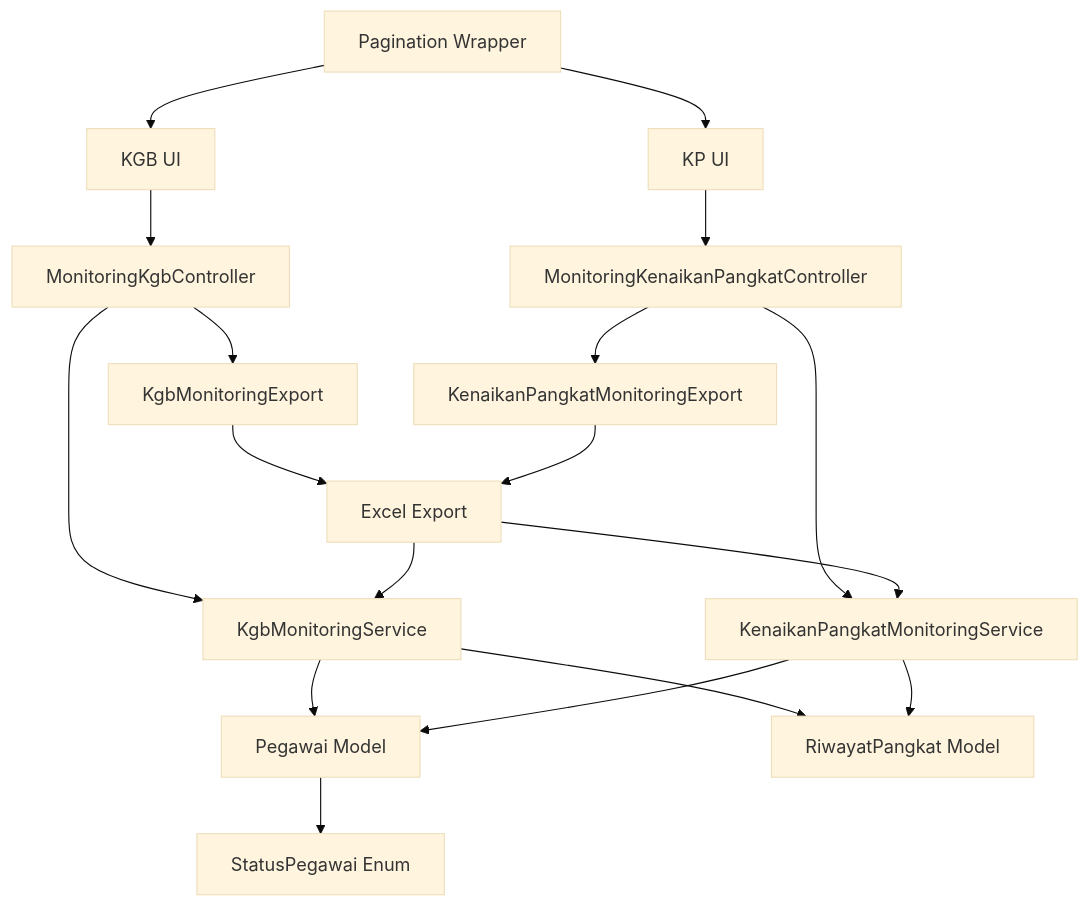
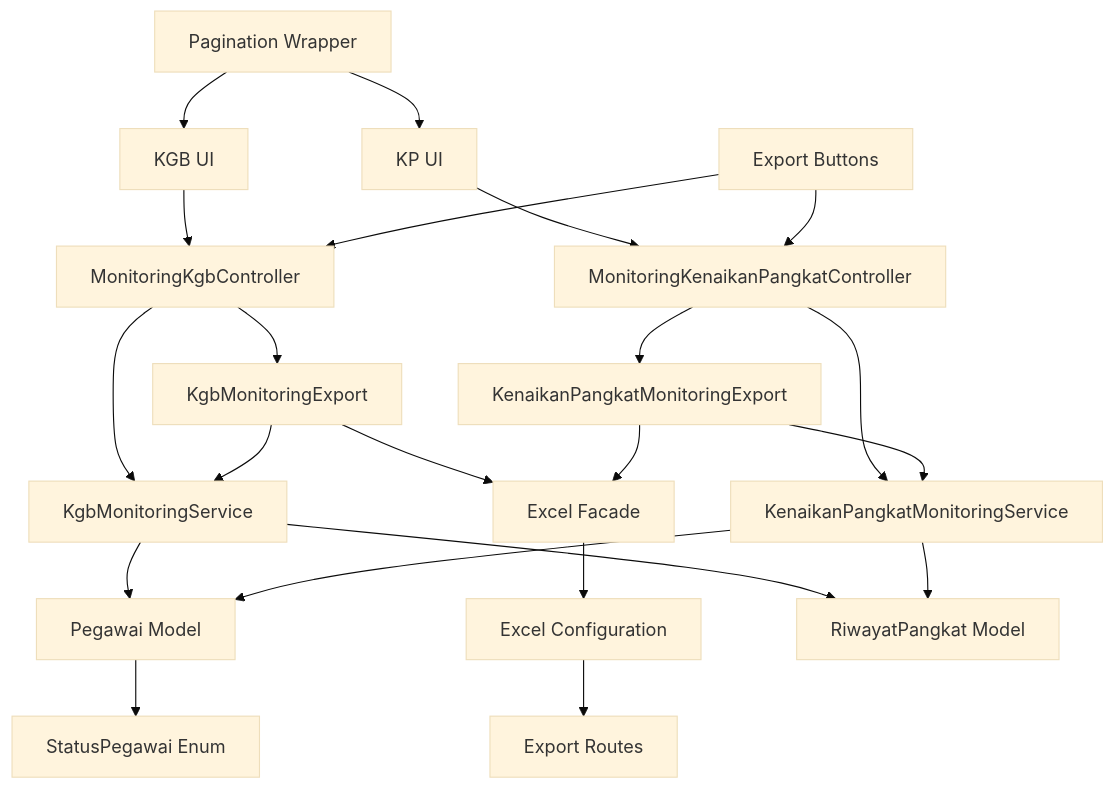
Before and after one commit to PA-Penajam/kepegawaian_apps: the seventh of 7 diagrams in .qoder/repowiki/en/content/Monitoring and Analytics System/Monitoring and Analytics System.md, drawn with Mermaid (base theme). The commit also changed other lines of this file and 5 other files, not shown here.

````diff
--- a/.qoder/repowiki/en/content/Monitoring and Analytics System/Monitoring and Analytics System.md
+++ b/.qoder/repowiki/en/content/Monitoring and Analytics System/Monitoring and Analytics System.md
@@ -433,20 +528,24 @@
 ```mermaid
 graph TB
 UI_KGB["KGB UI"] --> Ctrl_KGB["MonitoringKgbController"]
 UI_KP["KP UI"] --> Ctrl_KP["MonitoringKenaikanPangkatController"]
 Pagination["Pagination Wrapper"] --> UI_KGB
 Pagination --> UI_KP
+ExportBtn["Export Buttons"] --> Ctrl_KGB
+ExportBtn --> Ctrl_KP
 Ctrl_KGB --> Svc_KGB["KgbMonitoringService"]
 Ctrl_KP --> Svc_KP["KenaikanPangkatMonitoringService"]
-Export_KGB["KgbMonitoringExport"] --> Excel["Excel Export"]
-Export_KP["KenaikanPangkatMonitoringExport"] --> Excel
-Excel --> Svc_KGB
-Excel --> Svc_KP
+Export_KGB["KgbMonitoringExport"] --> ExcelFacade["Excel Facade"]
+Export_KP["KenaikanPangkatMonitoringExport"] --> ExcelFacade
+ExcelFacade --> ExcelConfig["Excel Configuration"]
+ExcelConfig --> Routes["Export Routes"]
 Ctrl_KGB --> Export_KGB
 Ctrl_KP --> Export_KP
+Export_KGB --> Svc_KGB
+Export_KP --> Svc_KP
 Svc_KGB --> Model_Pegawai["Pegawai Model"]
 Svc_KP --> Model_Pegawai
 Svc_KGB --> Model_RiwayatPangkat["RiwayatPangkat Model"]
 Svc_KP --> Model_RiwayatPangkat
 Model_Pegawai --> Enum_Status["StatusPegawai Enum"]
 ```
````
